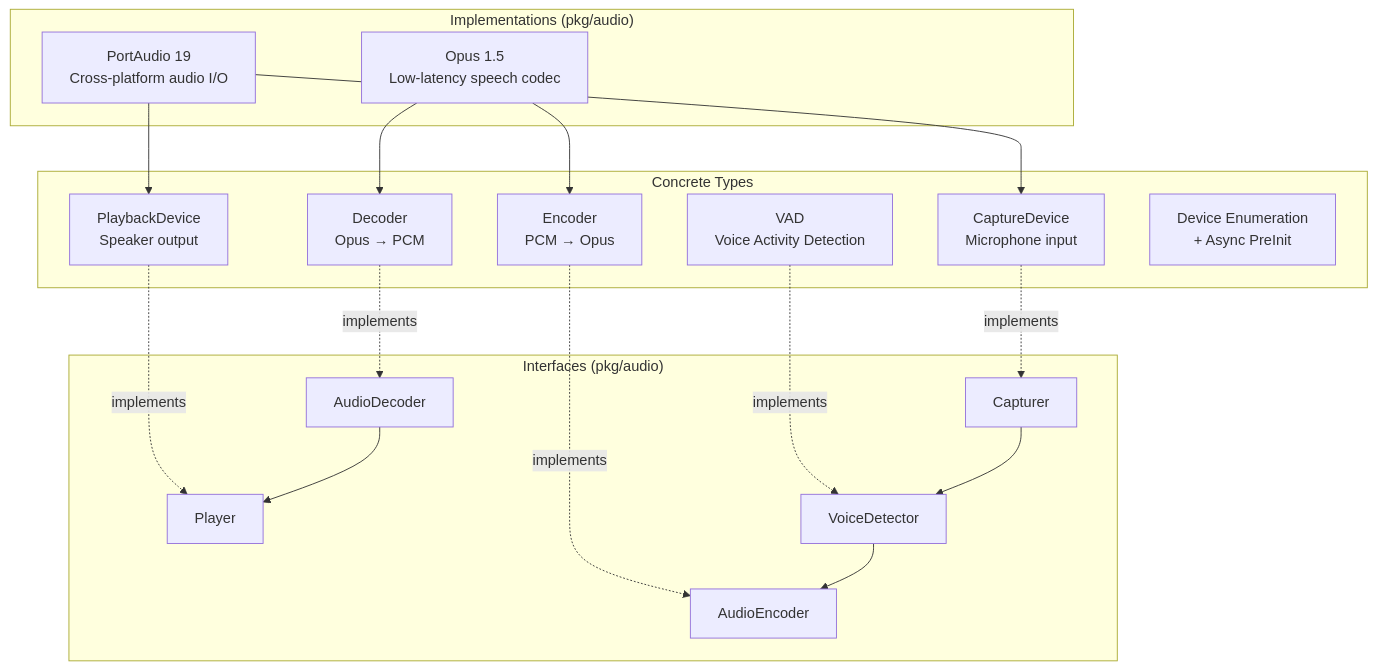
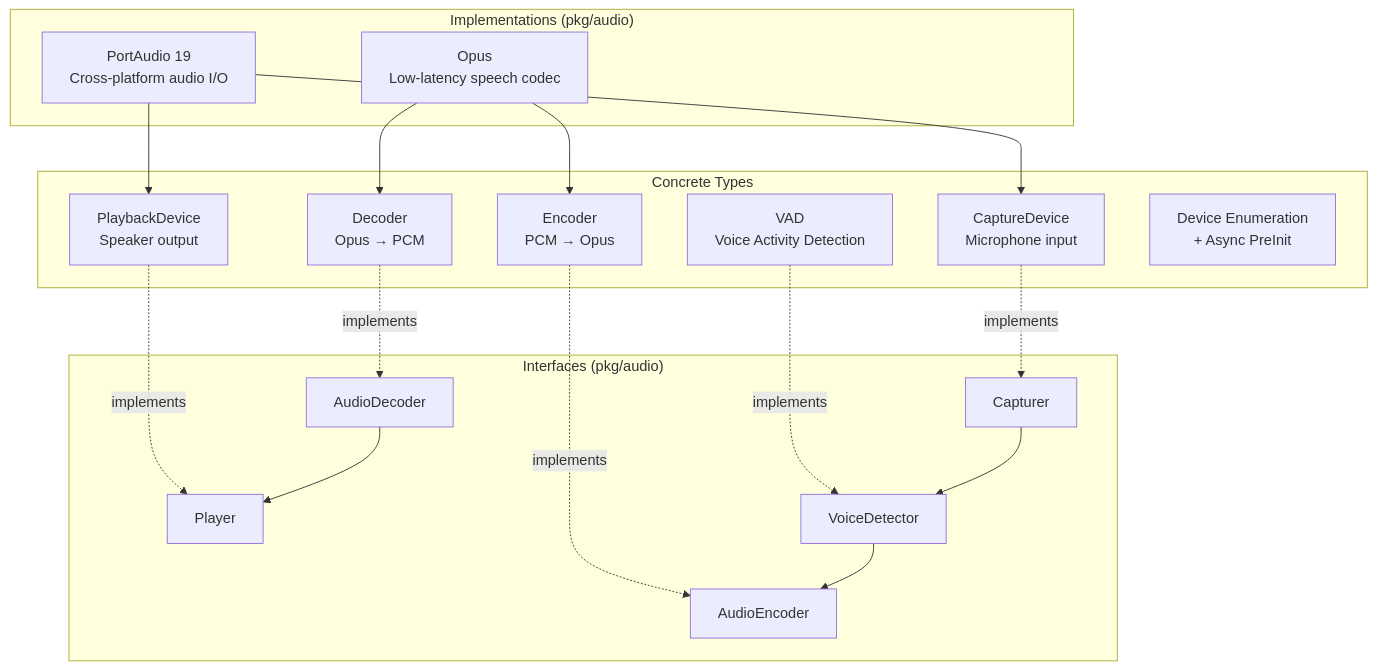
One commit to NicolasHaas/gospeak changed the first of 6 diagrams in docs/audio.md. Above: the diagram before and after it, drawn with Mermaid. The commit also changed other lines of this file and 9 other files, not shown here.

````diff
--- a/docs/audio.md
+++ b/docs/audio.md
@@ -25,39 +28,39 @@
 ```mermaid
 graph TB
     subgraph "Interfaces (pkg/audio)"
         ICAP[Capturer]
         IPB[Player]
         IENC[AudioEncoder]
         IDEC[AudioDecoder]
         IVAD[VoiceDetector]
     end
 
     subgraph "Implementations (pkg/audio)"
         PA[PortAudio 19<br/>Cross-platform audio I/O]
-        OPUS[Opus 1.5<br/>Low-latency speech codec]
+        OPUS[Opus<br/>Low-latency speech codec]
     end
 
     subgraph "Concrete Types"
         CAP[CaptureDevice<br/>Microphone input]
         PB[PlaybackDevice<br/>Speaker output]
         ENC[Encoder<br/>PCM → Opus]
         DEC[Decoder<br/>Opus → PCM]
         VAD[VAD<br/>Voice Activity Detection]
         DEV[Device Enumeration<br/>+ Async PreInit]
     end
 
     PA --> CAP
     PA --> PB
     OPUS --> ENC
     OPUS --> DEC
 
     CAP -.->|implements| ICAP
     PB -.->|implements| IPB
     ENC -.->|implements| IENC
     DEC -.->|implements| IDEC
     VAD -.->|implements| IVAD
 
     ICAP --> IVAD
     IVAD --> IENC
     IDEC --> IPB
 ```
````
